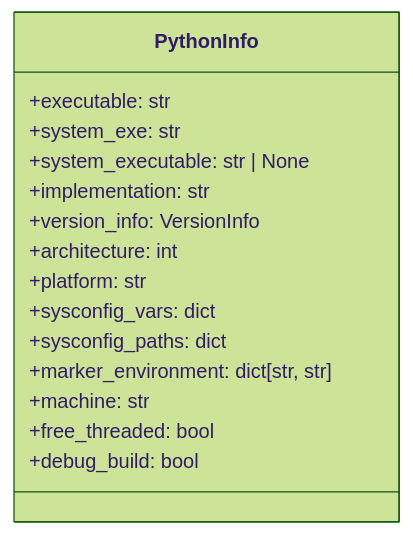
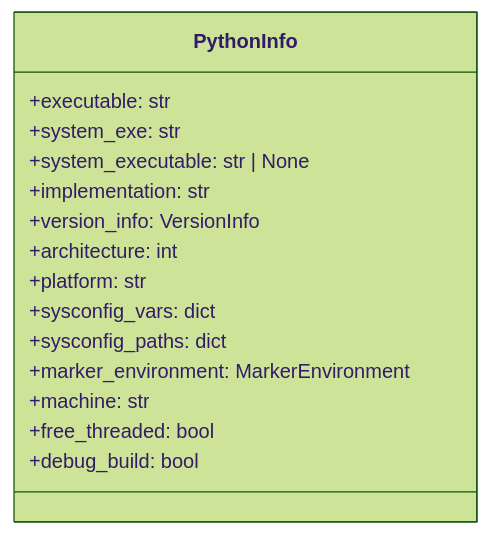
One commit to tox-dev/python-discovery changed the second of 3 diagrams in docs/how-to/standalone-usage.rst. Above: the diagram before and after it, drawn with Mermaid (forest theme). The commit also changed other lines of this file and 4 other files, not shown here.

```diff
--- a/docs/how-to/standalone-usage.rst
+++ b/docs/how-to/standalone-usage.rst
@@ -143,18 +143,18 @@
 .. mermaid::
 
     classDiagram
         class PythonInfo {
             +executable: str
             +system_exe: str
             +system_executable: str | None
             +implementation: str
             +version_info: VersionInfo
             +architecture: int
             +platform: str
             +sysconfig_vars: dict
             +sysconfig_paths: dict
-            +marker_environment: dict[str, str]
+            +marker_environment: MarkerEnvironment
             +machine: str
             +free_threaded: bool
             +debug_build: bool
         }
```
